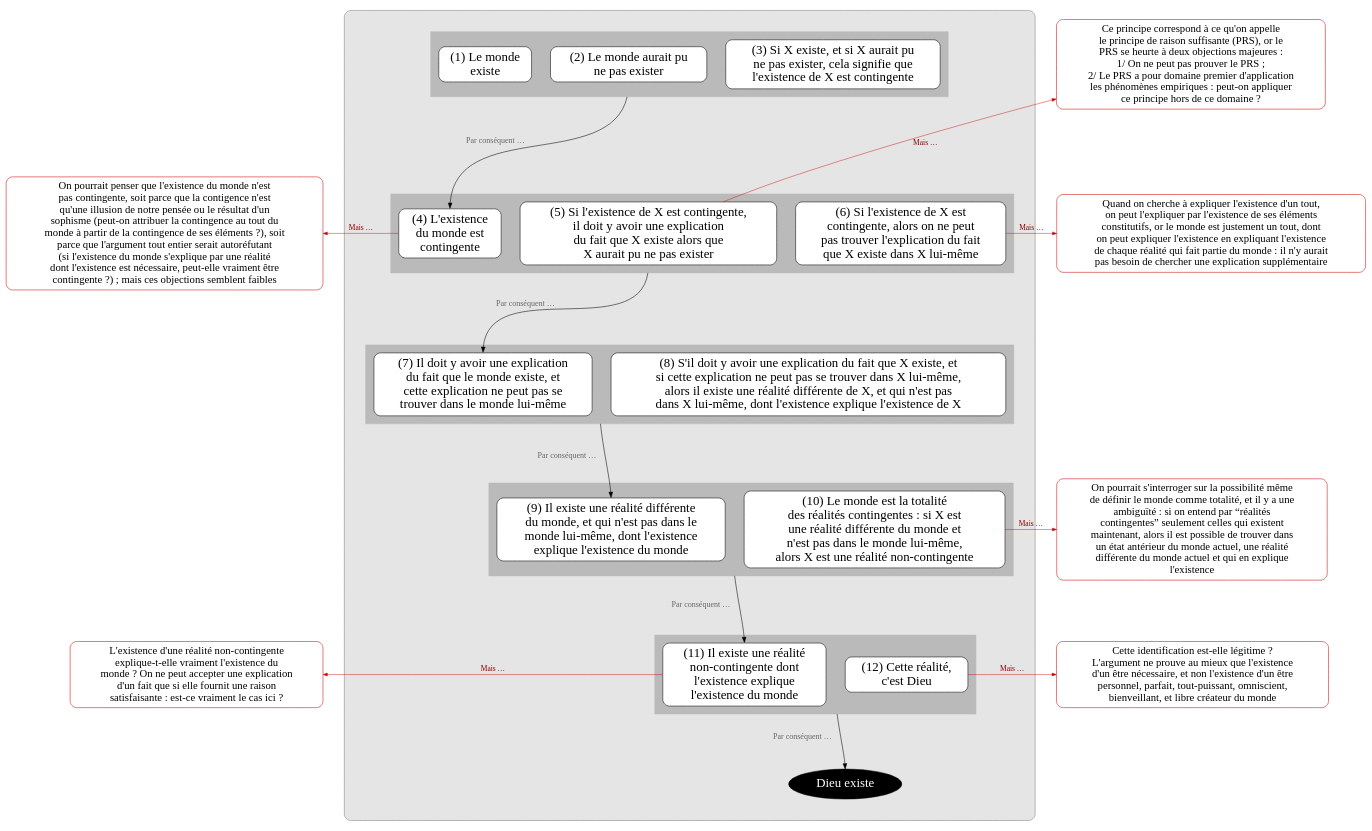
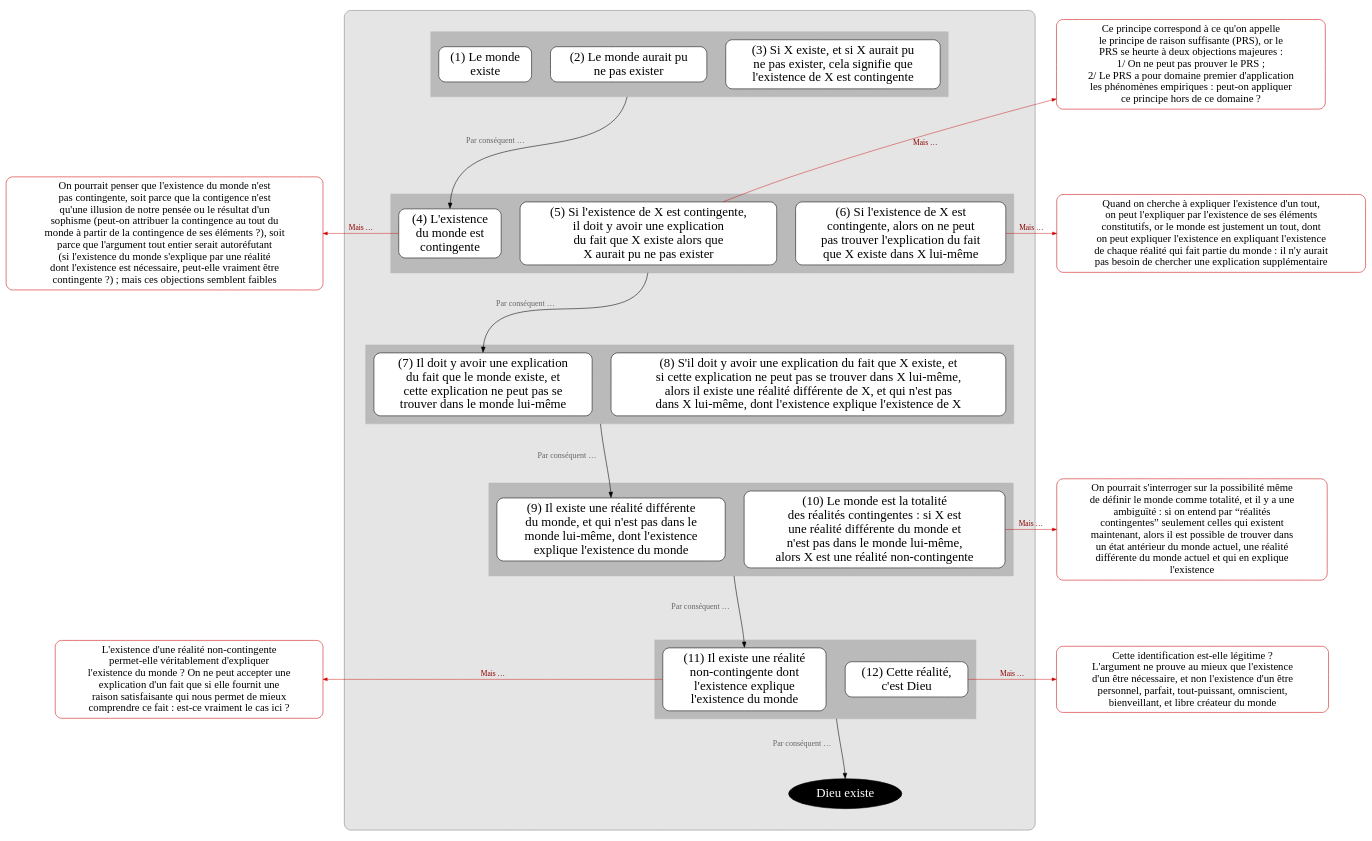
The diagram in argument/argument-cosmologique1.dot (eyssette/graphviz-examples), drawn with Graphviz before and after one commit.

```diff
--- a/argument/argument-cosmologique1.dot
+++ b/argument/argument-cosmologique1.dot
@@ -1,188 +1,189 @@
 digraph G {
 splines=true
 newrank=true
 compound=true
 
 
 node[color=red3, style="rounded, filled", shape="box", fillcolor=white, penwidth=1, fontcolor=black, fontsize=20, margin=0.1]
 o1[label="On pourrait penser que l'existence du monde n'est
 pas contingente, soit parce que la contigence n'est
 qu'une illusion de notre pensée ou le résultat d'un
 sophisme (peut-on attribuer la contingence au tout du
 monde à partir de la contingence de ses éléments ?), soit
 parce que l'argument tout entier serait autoréfutant
 (si l'existence du monde s'explique par une réalité
 dont l'existence est nécessaire, peut-elle vraiment être
 contingente ?) ; mais ces objections semblent faibles"]
 
 o11[label="L'existence d'une réalité non-contingente
-explique-t-elle vraiment l'existence du
-monde ? On ne peut accepter une explication
-d'un fait que si elle fournit une raison
-satisfaisante : est-ce vraiment le cas ici ?"]
+permet-elle véritablement d'expliquer
+l'existence du monde ? On ne peut accepter une
+explication d'un fait que si elle fournit une
+raison satisfaisante qui nous permet de mieux
+comprendre ce fait : est-ce vraiment le cas ici ?"]
 
 node[shape=box, fillcolor=white, style="filled,rounded", color=black, fontsize=24, penwidth=1,fontcolor=black, margin=0.1]
 edge[minlen=2,color=red3, penwidth=0.8, arrowsize=0.8, label=" Mais …", fontcolor=red4,fontsize=14]
 {rank=same;o1->p4[dir=back]}
 {rank=same;o11->p11[dir=back]}
 
 
 subgraph cluster_0 {
 bgcolor=grey90
 style=rounded
 color=grey50
 margin=40
 
 
 
 node[shape=box, fillcolor=white, style="filled,rounded", color=black]
 edge[label="",xlabel="Par conséquent … ",fontcolor=grey40;fontsize=15,minlen=3,color=black,penwidth=1, arrowsize=1]
 
 
 
 subgraph cluster_1 {
 style="box"
 margin=15
 bgcolor=grey73
 color=grey73
 
 p1[label="(1) Le monde
 existe"]
 p2[label="(2) Le monde aurait pu
 ne pas exister"]
 p3[label="(3) Si X existe, et si X aurait pu
 ne pas exister, cela signifie que
 l'existence de X est contingente"]
 }
 
 
 {rank=same;p1->p2->p3[style=invis,xlabel="",minlen=1]}
 
 //p2:s->p3:n[ltail=cluster_1]
 //p2:w->p3:n[ltail=cluster_1]
 //p3[label="(3) Lemme 1"]
 
 p2:s->p4:n[ltail=cluster_1]
 
 subgraph cluster_2 {
 style="box"
 margin=15
 bgcolor=grey73
 color=grey73
 
 p4[label="(4) L'existence
 du monde est
 contingente"]
 
 p5[label="(5) Si l'existence de X est contingente,
 il doit y avoir une explication
 du fait que X existe alors que
 X aurait pu ne pas exister"]
 
 p6[label="(6) Si l'existence de X est
 contingente, alors on ne peut
 pas trouver l'explication du fait
 que X existe dans X lui-même"]
 }
 {rank=same;p4->p5->p6[style=invis,xlabel="",minlen=1]}
 
 p5:s->p7:n[ltail=cluster_2]
 
 
 subgraph cluster_3 {
 style="box"
 margin=15
 bgcolor=grey73
 color=grey73
 p7[label="(7) Il doit y avoir une explication
 du fait que le monde existe, et
 cette explication ne peut pas se
 trouver dans le monde lui-même"]
 
 p8[label="(8) S'il doit y avoir une explication du fait que X existe, et
 si cette explication ne peut pas se trouver dans X lui-même,
 alors il existe une réalité différente de X, et qui n'est pas
 dans X lui-même, dont l'existence explique l'existence de X"]
 }
 {rank=same;p7->p8[style=invis,xlabel="",minlen=1]}
 
 p8:w->p9:n[ltail=cluster_3]
 
 
 subgraph cluster_4 {
 style="box"
 margin=15
 bgcolor=grey73
 color=grey73
 p9[label="(9) Il existe une réalité différente
 du monde, et qui n'est pas dans le
 monde lui-même, dont l'existence
 explique l'existence du monde"]
 p10[label="(10) Le monde est la totalité
 des réalités contingentes : si X est
 une réalité différente du monde et
 n'est pas dans le monde lui-même,
 alors X est une réalité non-contingente"]
 }
 {rank=same;p9->p10[style=invis,xlabel="",minlen=1]}
 
 p10:w->p11:n[ltail=cluster_4]
 
 subgraph cluster_5 {
 style="box"
 margin=15
 bgcolor=grey73
 color=grey73
 p11[label="(11) Il existe une réalité
 non-contingente dont
 l'existence explique
 l'existence du monde"]
 p12[label="(12) Cette réalité,
 c'est Dieu"]
 }
 {rank=same;p11->p12[style=invis,xlabel="",minlen=1]}
 
 p12:w->C:n[ltail=cluster_5]
 
 C[label="Dieu existe",fillcolor=black, fontcolor=white, color=black, shape=ellipse]
 
 
 }
 
 node[color=red3, style="rounded, filled", shape="box", fillcolor=white, penwidth=1, fontcolor=black, fontsize=20, margin=0.1]
 o5[label="Ce principe correspond à ce qu'on appelle
 le principe de raison suffisante (PRS), or le
 PRS se heurte à deux objections majeures : 
 1/ On ne peut pas prouver le PRS ;
 2/ Le PRS a pour domaine premier d'application
 les phénomènes empiriques : peut-on appliquer
 ce principe hors de ce domaine ?"]
 o5->p5[dir=back]
 {rank=same;p3->o5[style=invis]}
 o6[label="Quand on cherche à expliquer l'existence d'un tout,
 on peut l'expliquer par l'existence de ses éléments
 constitutifs, or le monde est justement un tout, dont
 on peut expliquer l'existence en expliquant l'existence
 de chaque réalité qui fait partie du monde : il n'y aurait
 pas besoin de chercher une explication supplémentaire"]
 {rank=same;p6->o6}
 
 o10[label="On pourrait s'interroger sur la possibilité même
 de définir le monde comme totalité, et il y a une
 ambiguïté : si on entend par “réalités
 contingentes” seulement celles qui existent
 maintenant, alors il est possible de trouver dans
 un état antérieur du monde actuel, une réalité
 différente du monde actuel et qui en explique
 l'existence"]
 {rank=same;p10->o10}
 
 o12[label="Cette identification est-elle légitime ?
 L'argument ne prouve au mieux que l'existence
 d'un être nécessaire, et non l'existence d'un être
 personnel, parfait, tout-puissant, omniscient, 
 bienveillant, et libre créateur du monde"]
 {rank=same;p12->o12}
 
 
 }
```
